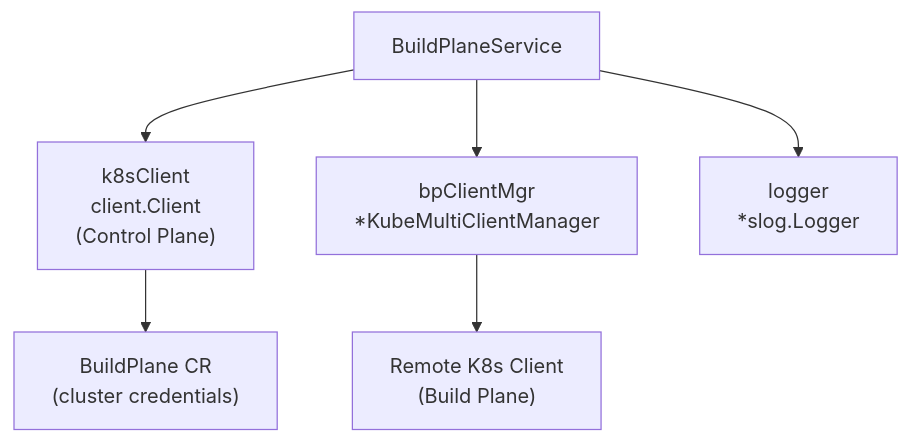
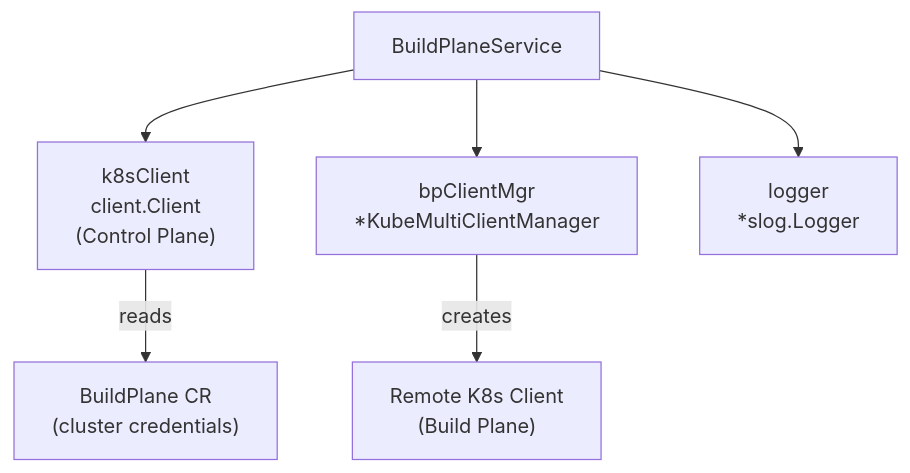
One commit to openchoreo/openchoreo changed the fifth of 11 diagrams in docs/deepwiki/Build-and-Infrastructure-Services.md. Above: the diagram before and after it, drawn with Mermaid. The commit also changed other lines of this file and 85 other files, not shown here.

Commit message:
feat: Add new workflow and specification templates, update Helm chart dependencies, and clarify documentation diagrams.

````diff
--- a/docs/deepwiki/Build-and-Infrastructure-Services.md
+++ b/docs/deepwiki/Build-and-Infrastructure-Services.md
@@ -262,16 +262,16 @@
 ```mermaid
 flowchart TD
 
 BuildPlaneService["BuildPlaneService"]
 k8sClient["k8sClient<br>client.Client<br>(Control Plane)"]
 bpClientMgr["bpClientMgr<br>*KubeMultiClientManager"]
 logger["logger<br>*slog.Logger"]
 BuildPlaneCR["BuildPlane CR<br>(cluster credentials)"]
 RemoteClient["Remote K8s Client<br>(Build Plane)"]
 
 BuildPlaneService --> k8sClient
 BuildPlaneService --> bpClientMgr
 BuildPlaneService --> logger
-k8sClient --> BuildPlaneCR
-bpClientMgr --> RemoteClient
+k8sClient -->|"reads"| BuildPlaneCR
+bpClientMgr -->|"creates"| RemoteClient
 ```
````
